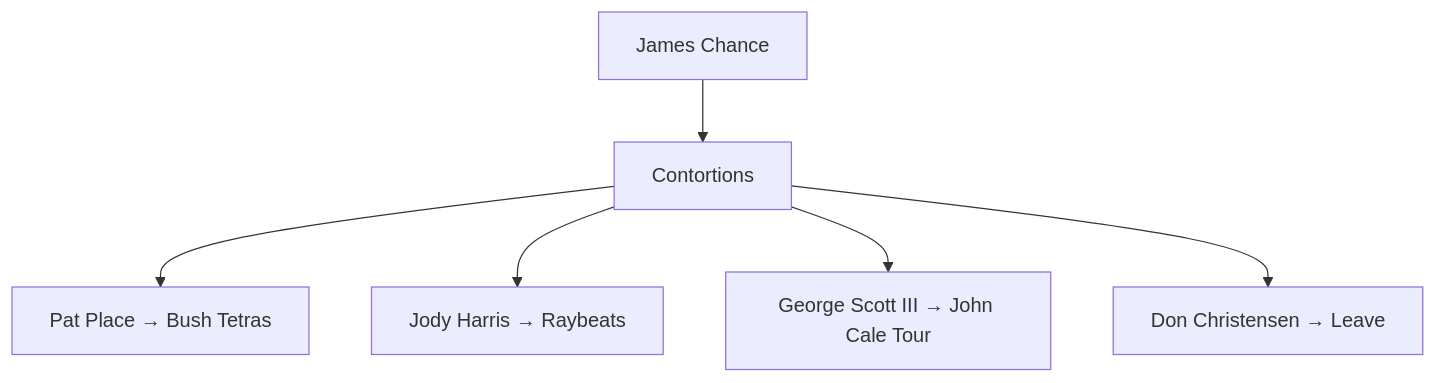
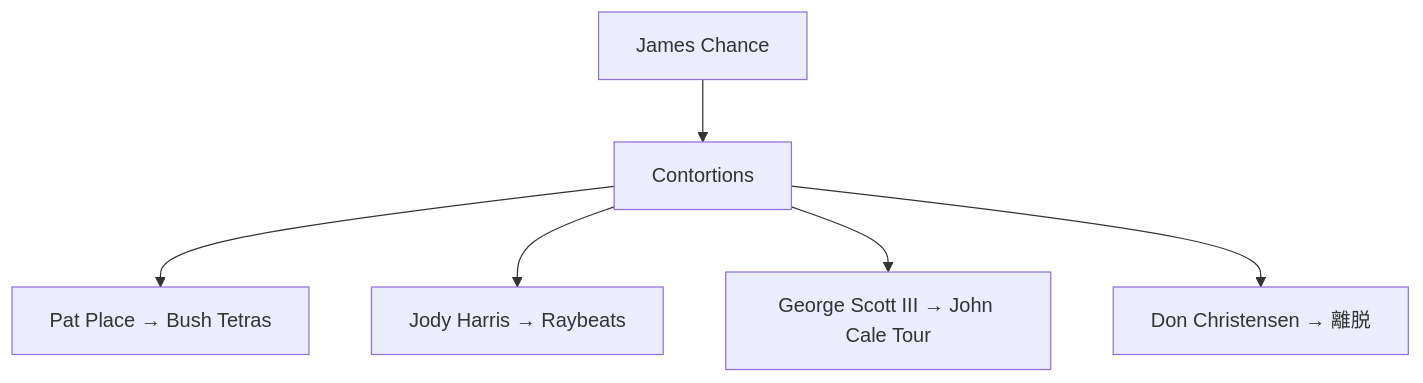
Before and after one commit to monumental-movement/monumental-movement.github.io: the third of 5 diagrams in en/_posts/2025-11-21-column-james-chance-and-the-contortions.md, drawn with Mermaid. The commit also changed other lines of this file and 1012 other files, not shown here.

```diff
--- a/en/_posts/2025-11-21-column-james-chance-and-the-contortions.md
+++ b/en/_posts/2025-11-21-column-james-chance-and-the-contortions.md
@@ -143,10 +143,10 @@
 <div class="mermaid">
 
 graph TD
 A["James Chance"] --> B["Contortions"]
 B --> C["Pat Place → Bush Tetras"]
 B --> D["Jody Harris → Raybeats"]
 B --> E["George Scott III → John Cale Tour"]
-B --> F["Don Christensen → Leave"]
+B --> F["Don Christensen → 離脱"]
 
 </div>
```
